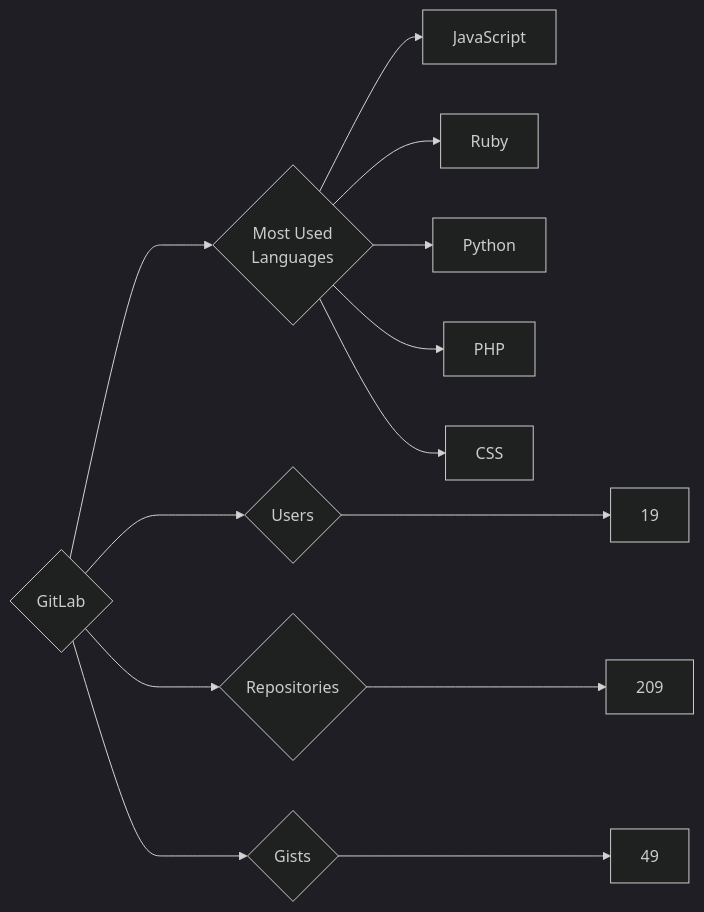
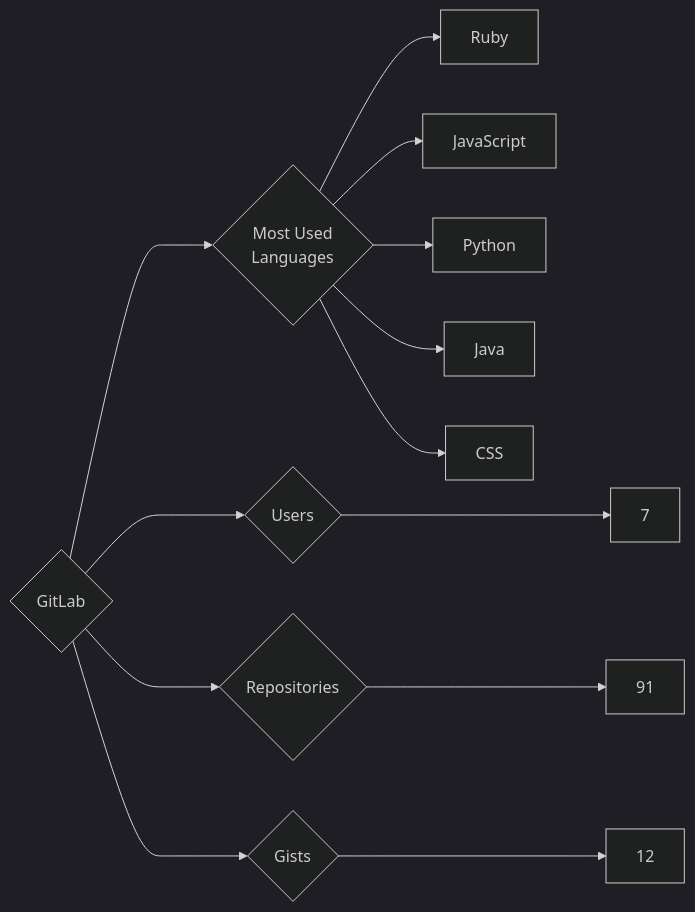
One commit to trickest/insiders changed the diagram in targets/GitLab/README.md. Above: the diagram before and after it, drawn with Mermaid (dark theme). The commit also changed 900 other files, not shown here.

````diff
--- a/targets/GitLab/README.md
+++ b/targets/GitLab/README.md
@@ -3,13 +3,13 @@
 ```mermaid
 graph LR
 COMPANY_NAME{GitLab}
-COMPANY_NAME ---> U{Users} ---> UN[19]
-COMPANY_NAME ---> R{Repositories} ---> RN[209]
-COMPANY_NAME ---> G{Gists} ---> GN[49]
+COMPANY_NAME ---> U{Users} ---> UN[7]
+COMPANY_NAME ---> R{Repositories} ---> RN[91]
+COMPANY_NAME ---> G{Gists} ---> GN[12]
 COMPANY_NAME ---> ML{Most Used<br>Languages}
+ML --> Ruby[Ruby]
 ML --> JavaScript[JavaScript]
-ML --> Ruby[Ruby]
 ML --> Python[Python]
-ML --> PHP[PHP]
+ML --> Java[Java]
 ML --> CSS[CSS]
 ```
````
